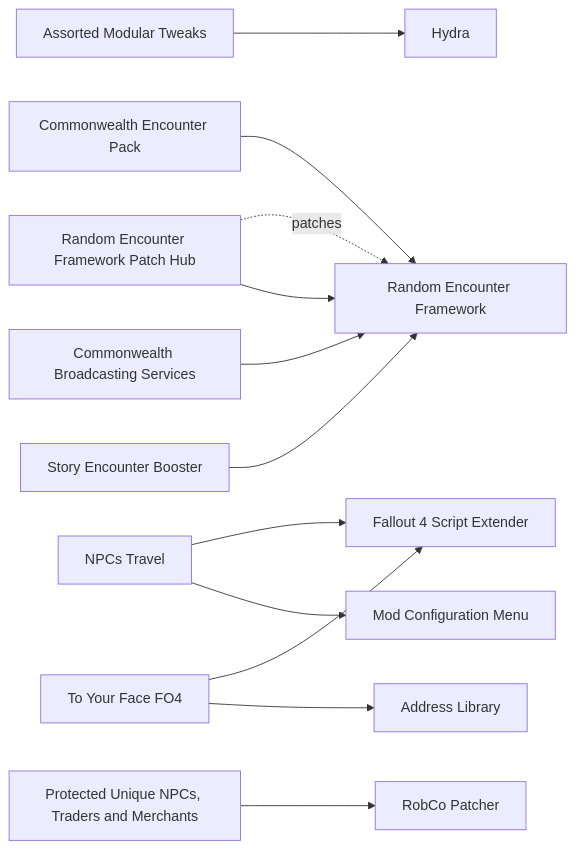
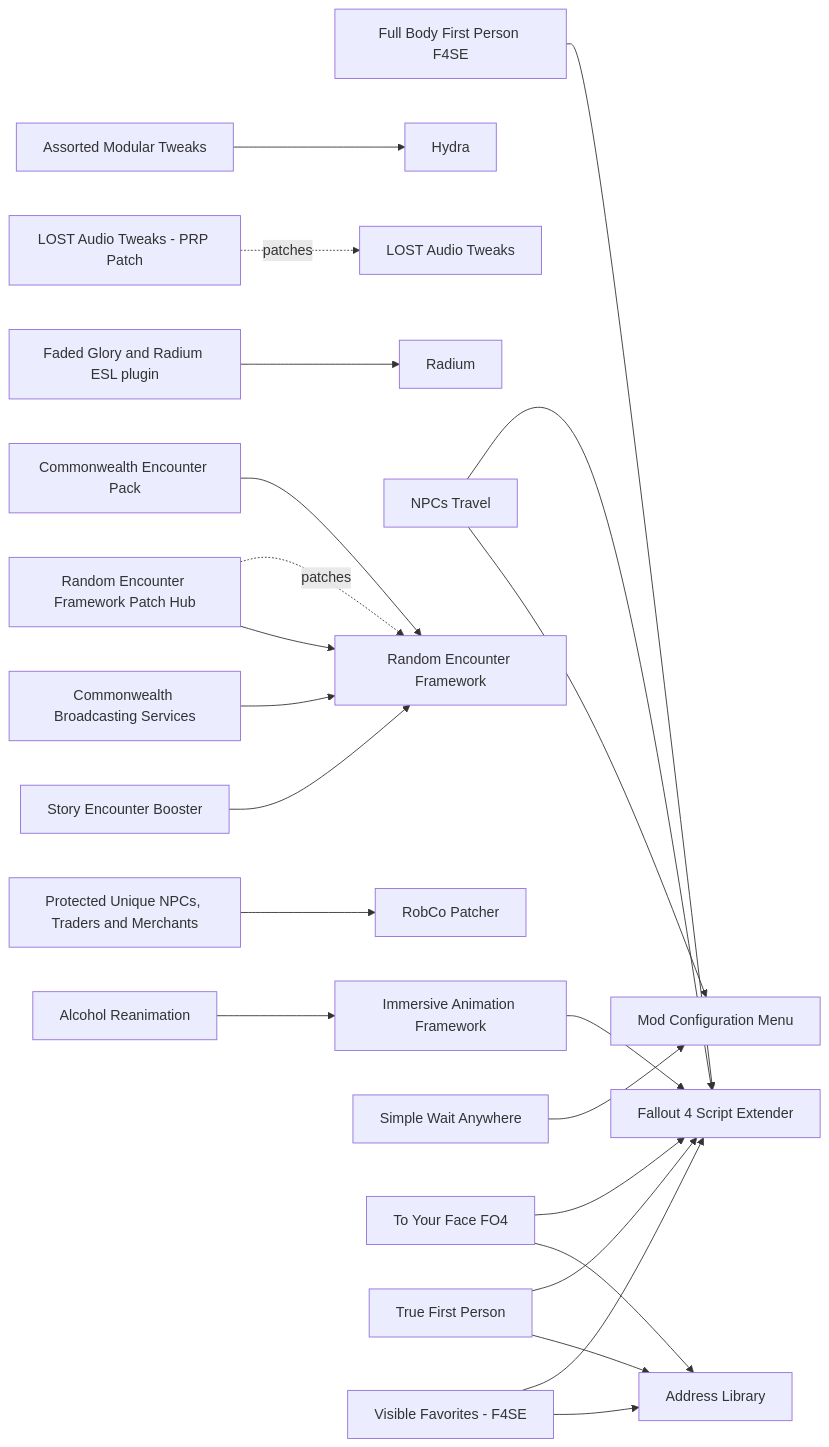
Before and after one commit to MorganKryze/special-mods-list: the diagram in docs/catalog/immersion.md, drawn with Mermaid. The commit also changed other lines of this file and 19 other files, not shown here.

````diff
--- a/docs/catalog/immersion.md
+++ b/docs/catalog/immersion.md
@@ -114,28 +136,48 @@
 ```mermaid
 graph LR
   address_library["Address Library"]
+  alcohol_reanimation["Alcohol Reanimation"]
   assorted_modular_tweaks["Assorted Modular Tweaks"]
   commonwealth_broadcasting_services["Commonwealth Broadcasting Services"]
   commonwealth_encounter_pack["Commonwealth Encounter Pack"]
   f4se["Fallout 4 Script Extender"]
+  full_body_first_person["Full Body First Person F4SE"]
   hydra["Hydra"]
+  immersive_animation_framework["Immersive Animation Framework"]
+  lost_audio_tweaks["LOST Audio Tweaks"]
+  lost_audio_tweaks_prp_patch["LOST Audio Tweaks - PRP Patch"]
   mcm["Mod Configuration Menu"]
   npcs_travel["NPCs Travel"]
   protected_unique_npcs["Protected Unique NPCs, Traders and Merchants"]
+  radium["Radium"]
+  radium_esl_plugin["Faded Glory and Radium ESL plugin"]
   random_encounter_framework["Random Encounter Framework"]
   ref_patch_hub["Random Encounter Framework Patch Hub"]
   robco_patcher["RobCo Patcher"]
+  simple_wait_anywhere["Simple Wait Anywhere"]
   story_encounter_booster["Story Encounter Booster"]
   to_your_face["To Your Face FO4"]
+  true_first_person["True First Person"]
+  visible_favorites["Visible Favorites - F4SE"]
   commonwealth_encounter_pack --> random_encounter_framework
+  lost_audio_tweaks_prp_patch -. patches .-> lost_audio_tweaks
   npcs_travel --> f4se
   npcs_travel --> mcm
   ref_patch_hub -. patches .-> random_encounter_framework
   ref_patch_hub --> random_encounter_framework
   to_your_face --> f4se
   to_your_face --> address_library
   assorted_modular_tweaks --> hydra
   commonwealth_broadcasting_services --> random_encounter_framework
   protected_unique_npcs --> robco_patcher
+  simple_wait_anywhere --> mcm
   story_encounter_booster --> random_encounter_framework
+  full_body_first_person --> f4se
+  radium_esl_plugin --> radium
+  true_first_person --> f4se
+  true_first_person --> address_library
+  visible_favorites --> f4se
+  visible_favorites --> address_library
+  immersive_animation_framework --> f4se
+  alcohol_reanimation --> immersive_animation_framework
 ```
````
